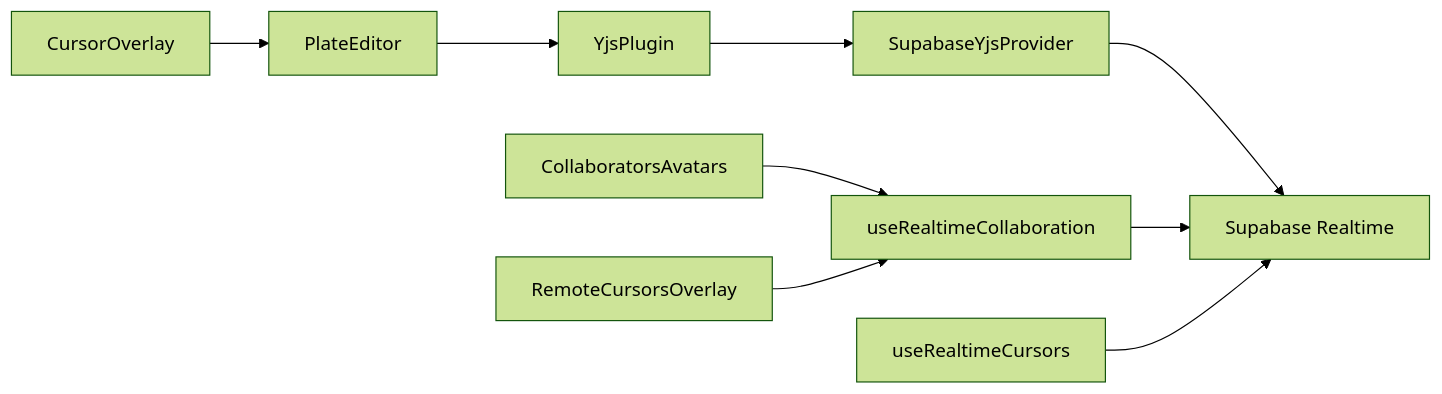
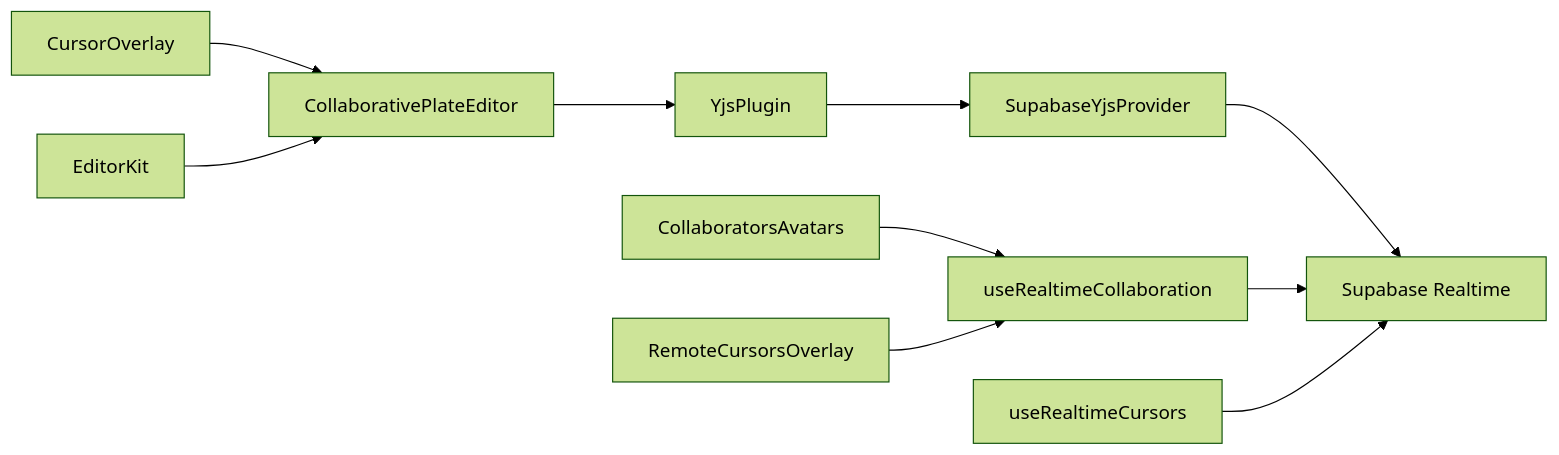
One commit to SinesysTech/zattar-os changed the ninth of 9 diagrams in .qoder/repowiki/en/content/Real-time Features/Collaborative Editing.md. Above: the diagram before and after it, drawn with Mermaid (forest theme). The commit also changed other lines of this file and 4 other files, not shown here.

````diff
--- a/.qoder/repowiki/en/content/Real-time Features/Collaborative Editing.md
+++ b/.qoder/repowiki/en/content/Real-time Features/Collaborative Editing.md
@@ -329,11 +369,12 @@
 ```mermaid
 graph LR
-PE["PlateEditor"] --> YJS["YjsPlugin"]
+PE["CollaborativePlateEditor"] --> YJS["YjsPlugin"]
 YJS --> SUPA["SupabaseYjsProvider"]
 SUPA --> RT["Supabase Realtime"]
 RTCOLL["useRealtimeCollaboration"] --> RT
 RTCUR["useRealtimeCursors"] --> RT
 CO["CursorOverlay"] --> PE
 AV["CollaboratorsAvatars"] --> RTCOLL
 RC["RemoteCursorsOverlay"] --> RTCOLL
+EK["EditorKit"] --> PE
 ```
````
